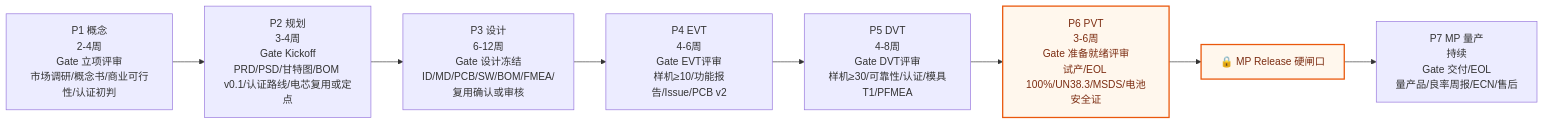
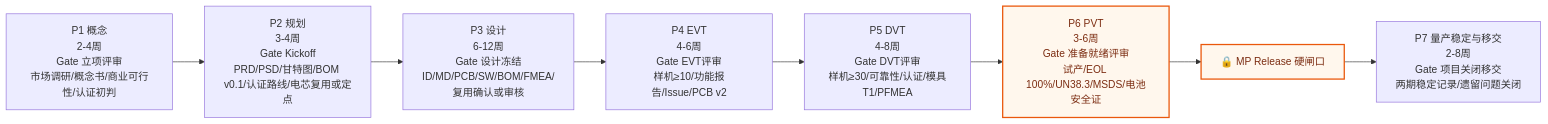
One commit to RealHanweiHu/ce-project-hub changed the second of 8 diagrams in docs/design/2026-06-29-sop-design.md. Above: the diagram before and after it, drawn with Mermaid. The commit also changed other lines of this file and 523 other files, not shown here.

````diff
--- a/docs/design/2026-06-29-sop-design.md
+++ b/docs/design/2026-06-29-sop-design.md
@@ -68,13 +74,13 @@
 ```mermaid
 flowchart LR
   N1["P1 概念<br/>2-4周<br/>Gate 立项评审<br/>市场调研/概念书/商业可行性/认证初判"]
   N2["P2 规划<br/>3-4周<br/>Gate Kickoff<br/>PRD/PSD/甘特图/BOM v0.1/认证路线/电芯复用或定点"]
   N3["P3 设计<br/>6-12周<br/>Gate 设计冻结<br/>ID/MD/PCB/SW/BOM/FMEA/复用确认或审核"]
   N4["P4 EVT<br/>4-6周<br/>Gate EVT评审<br/>样机≥10/功能报告/Issue/PCB v2"]
   N5["P5 DVT<br/>4-8周<br/>Gate DVT评审<br/>样机≥30/可靠性/认证/模具T1/PFMEA"]
   N6["P6 PVT<br/>3-6周<br/>Gate 准备就绪评审<br/>试产/EOL 100%/UN38.3/MSDS/电池安全证"]
-  N7["P7 MP 量产<br/>持续<br/>Gate 交付/EOL<br/>量产品/良率周报/ECN/售后"]
+  N7["P7 量产稳定与移交<br/>2-8周<br/>Gate 项目关闭移交<br/>两期稳定记录/遗留问题关闭"]
   N1-->N2-->N3-->N4-->N5-->N6-->REL["🔒 MP Release 硬闸口"]-->N7
   classDef rel fill:#fff7ed,stroke:#ea580c,color:#7c2d12,stroke-width:2px;
   class N6,REL rel;
 ```
````
